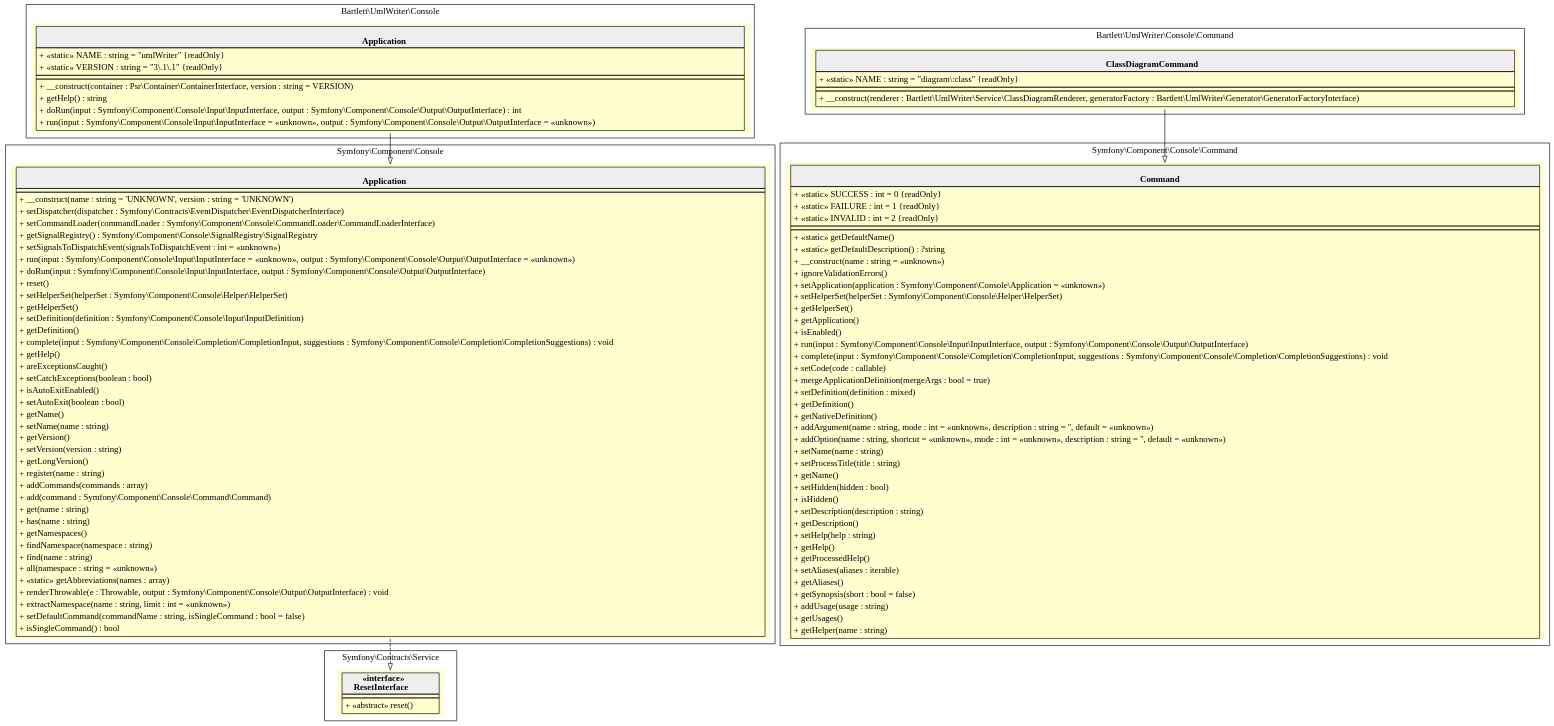
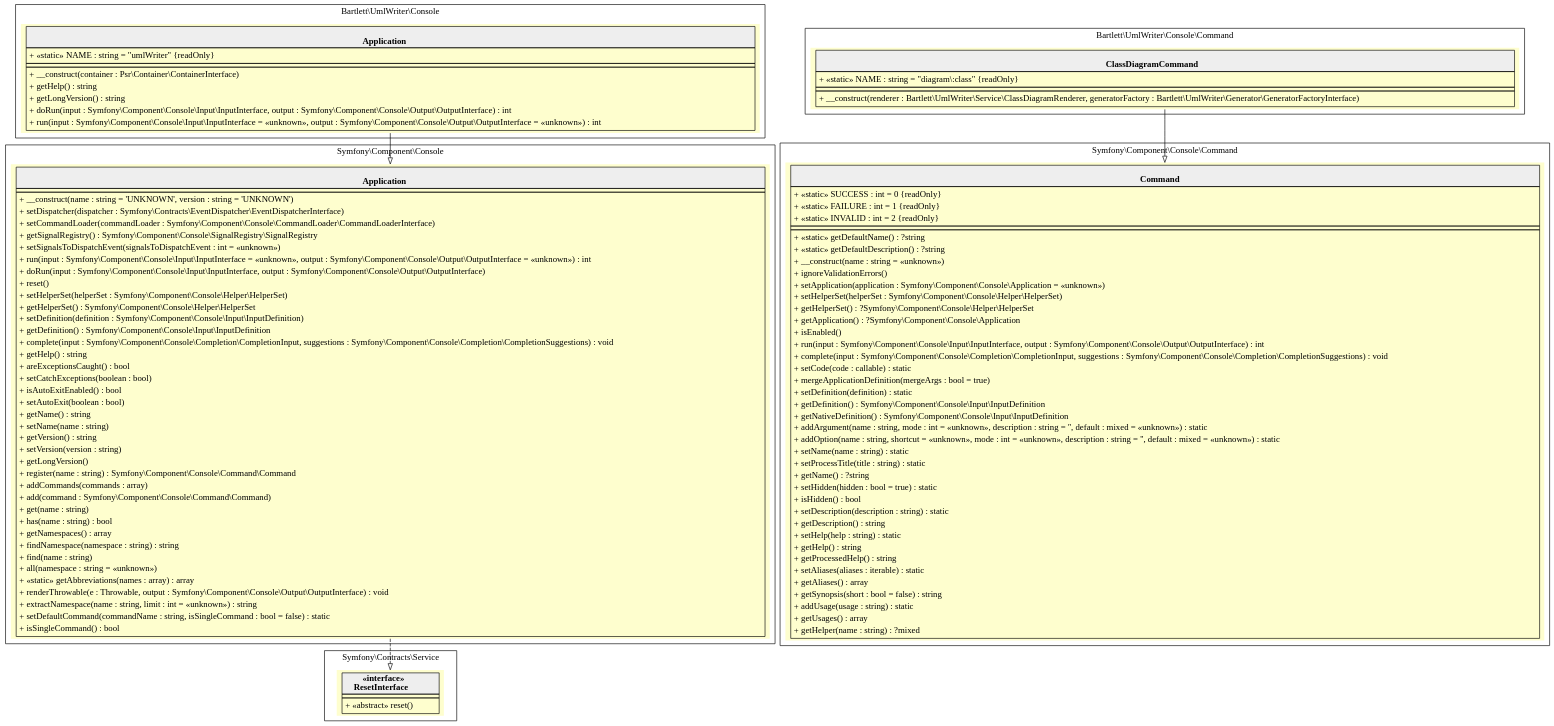
The diagram in 3.x/assets/images/console-commands.html.gv (llaville/umlwriter), drawn with Graphviz before and after one commit. The commit also changed 11 other files, not shown here.

```diff
--- a/3.x/assets/images/console-commands.html.gv
+++ b/3.x/assets/images/console-commands.html.gv
@@ -1,146 +1,146 @@
 digraph {
   graph [rankdir="TB" bgcolor="transparent"]
   node [fillcolor="#FEFECE" style="filled"]
   subgraph cluster_0 {
     label = "Bartlett\\UmlWriter\\Console"
     "Bartlett\\UmlWriter\\Console\\Application" [shape="none" label=<
 <table cellspacing="0" border="0" cellborder="1">
     <tr><td bgcolor="#eeeeee"><b><br/>Application</b></td></tr>
     <tr><td><table border="0" cellspacing="0" cellpadding="2">
     <tr><td align="left">+ «static» NAME : string = "umlWriter" {readOnly}</td></tr>
-    <tr><td align="left">+ «static» VERSION : string = "3\.1\.1" {readOnly}</td></tr>
 </table></td></tr>
     <tr><td></td></tr>
     <tr><td><table border="0" cellspacing="0" cellpadding="2">
-    <tr><td align="left">+ __construct(container : Psr\\Container\\ContainerInterface, version : string = VERSION)</td></tr>
+    <tr><td align="left">+ __construct(container : Psr\\Container\\ContainerInterface)</td></tr>
     <tr><td align="left">+ getHelp() : string</td></tr>
+    <tr><td align="left">+ getLongVersion() : string</td></tr>
     <tr><td align="left">+ doRun(input : Symfony\\Component\\Console\\Input\\InputInterface, output : Symfony\\Component\\Console\\Output\\OutputInterface) : int</td></tr>
-    <tr><td align="left">+ run(input : Symfony\\Component\\Console\\Input\\InputInterface = «unknown», output : Symfony\\Component\\Console\\Output\\OutputInterface = «unknown»)</td></tr>
+    <tr><td align="left">+ run(input : Symfony\\Component\\Console\\Input\\InputInterface = «unknown», output : Symfony\\Component\\Console\\Output\\OutputInterface = «unknown») : int</td></tr>
 </table></td></tr>
 </table>>]
   }
   subgraph cluster_1 {
     label = "Symfony\\Component\\Console"
     "Symfony\\Component\\Console\\Application" [shape="none" label=<
 <table cellspacing="0" border="0" cellborder="1">
     <tr><td bgcolor="#eeeeee"><b><br/>Application</b></td></tr>
     <tr><td></td></tr>
     <tr><td><table border="0" cellspacing="0" cellpadding="2">
     <tr><td align="left">+ __construct(name : string = 'UNKNOWN', version : string = 'UNKNOWN')</td></tr>
     <tr><td align="left">+ setDispatcher(dispatcher : Symfony\\Contracts\\EventDispatcher\\EventDispatcherInterface)</td></tr>
     <tr><td align="left">+ setCommandLoader(commandLoader : Symfony\\Component\\Console\\CommandLoader\\CommandLoaderInterface)</td></tr>
     <tr><td align="left">+ getSignalRegistry() : Symfony\\Component\\Console\\SignalRegistry\\SignalRegistry</td></tr>
     <tr><td align="left">+ setSignalsToDispatchEvent(signalsToDispatchEvent : int = «unknown»)</td></tr>
-    <tr><td align="left">+ run(input : Symfony\\Component\\Console\\Input\\InputInterface = «unknown», output : Symfony\\Component\\Console\\Output\\OutputInterface = «unknown»)</td></tr>
+    <tr><td align="left">+ run(input : Symfony\\Component\\Console\\Input\\InputInterface = «unknown», output : Symfony\\Component\\Console\\Output\\OutputInterface = «unknown») : int</td></tr>
     <tr><td align="left">+ doRun(input : Symfony\\Component\\Console\\Input\\InputInterface, output : Symfony\\Component\\Console\\Output\\OutputInterface)</td></tr>
     <tr><td align="left">+ reset()</td></tr>
     <tr><td align="left">+ setHelperSet(helperSet : Symfony\\Component\\Console\\Helper\\HelperSet)</td></tr>
-    <tr><td align="left">+ getHelperSet()</td></tr>
+    <tr><td align="left">+ getHelperSet() : Symfony\\Component\\Console\\Helper\\HelperSet</td></tr>
     <tr><td align="left">+ setDefinition(definition : Symfony\\Component\\Console\\Input\\InputDefinition)</td></tr>
-    <tr><td align="left">+ getDefinition()</td></tr>
+    <tr><td align="left">+ getDefinition() : Symfony\\Component\\Console\\Input\\InputDefinition</td></tr>
     <tr><td align="left">+ complete(input : Symfony\\Component\\Console\\Completion\\CompletionInput, suggestions : Symfony\\Component\\Console\\Completion\\CompletionSuggestions) : void</td></tr>
-    <tr><td align="left">+ getHelp()</td></tr>
-    <tr><td align="left">+ areExceptionsCaught()</td></tr>
+    <tr><td align="left">+ getHelp() : string</td></tr>
+    <tr><td align="left">+ areExceptionsCaught() : bool</td></tr>
     <tr><td align="left">+ setCatchExceptions(boolean : bool)</td></tr>
-    <tr><td align="left">+ isAutoExitEnabled()</td></tr>
+    <tr><td align="left">+ isAutoExitEnabled() : bool</td></tr>
     <tr><td align="left">+ setAutoExit(boolean : bool)</td></tr>
-    <tr><td align="left">+ getName()</td></tr>
+    <tr><td align="left">+ getName() : string</td></tr>
     <tr><td align="left">+ setName(name : string)</td></tr>
-    <tr><td align="left">+ getVersion()</td></tr>
+    <tr><td align="left">+ getVersion() : string</td></tr>
     <tr><td align="left">+ setVersion(version : string)</td></tr>
     <tr><td align="left">+ getLongVersion()</td></tr>
-    <tr><td align="left">+ register(name : string)</td></tr>
+    <tr><td align="left">+ register(name : string) : Symfony\\Component\\Console\\Command\\Command</td></tr>
     <tr><td align="left">+ addCommands(commands : array)</td></tr>
     <tr><td align="left">+ add(command : Symfony\\Component\\Console\\Command\\Command)</td></tr>
     <tr><td align="left">+ get(name : string)</td></tr>
-    <tr><td align="left">+ has(name : string)</td></tr>
-    <tr><td align="left">+ getNamespaces()</td></tr>
-    <tr><td align="left">+ findNamespace(namespace : string)</td></tr>
+    <tr><td align="left">+ has(name : string) : bool</td></tr>
+    <tr><td align="left">+ getNamespaces() : array</td></tr>
+    <tr><td align="left">+ findNamespace(namespace : string) : string</td></tr>
     <tr><td align="left">+ find(name : string)</td></tr>
     <tr><td align="left">+ all(namespace : string = «unknown»)</td></tr>
-    <tr><td align="left">+ «static» getAbbreviations(names : array)</td></tr>
+    <tr><td align="left">+ «static» getAbbreviations(names : array) : array</td></tr>
     <tr><td align="left">+ renderThrowable(e : Throwable, output : Symfony\\Component\\Console\\Output\\OutputInterface) : void</td></tr>
-    <tr><td align="left">+ extractNamespace(name : string, limit : int = «unknown»)</td></tr>
-    <tr><td align="left">+ setDefaultCommand(commandName : string, isSingleCommand : bool = false)</td></tr>
+    <tr><td align="left">+ extractNamespace(name : string, limit : int = «unknown») : string</td></tr>
+    <tr><td align="left">+ setDefaultCommand(commandName : string, isSingleCommand : bool = false) : static</td></tr>
     <tr><td align="left">+ isSingleCommand() : bool</td></tr>
 </table></td></tr>
 </table>>]
   }
   subgraph cluster_2 {
     label = "Symfony\\Contracts\\Service"
     "Symfony\\Contracts\\Service\\ResetInterface" [shape="none" label=<
 <table cellspacing="0" border="0" cellborder="1">
     <tr><td bgcolor="#eeeeee"><b>«interface»<br/>ResetInterface</b></td></tr>
     <tr><td></td></tr>
     <tr><td><table border="0" cellspacing="0" cellpadding="2">
     <tr><td align="left">+ «abstract» reset()</td></tr>
 </table></td></tr>
 </table>>]
   }
   subgraph cluster_3 {
     label = "Bartlett\\UmlWriter\\Console\\Command"
     "Bartlett\\UmlWriter\\Console\\Command\\ClassDiagramCommand" [shape="none" label=<
 <table cellspacing="0" border="0" cellborder="1">
     <tr><td bgcolor="#eeeeee"><b><br/>ClassDiagramCommand</b></td></tr>
     <tr><td><table border="0" cellspacing="0" cellpadding="2">
     <tr><td align="left">+ «static» NAME : string = "diagram\:class" {readOnly}</td></tr>
 </table></td></tr>
     <tr><td></td></tr>
     <tr><td><table border="0" cellspacing="0" cellpadding="2">
     <tr><td align="left">+ __construct(renderer : Bartlett\\UmlWriter\\Service\\ClassDiagramRenderer, generatorFactory : Bartlett\\UmlWriter\\Generator\\GeneratorFactoryInterface)</td></tr>
 </table></td></tr>
 </table>>]
   }
   subgraph cluster_4 {
     label = "Symfony\\Component\\Console\\Command"
     "Symfony\\Component\\Console\\Command\\Command" [shape="none" label=<
 <table cellspacing="0" border="0" cellborder="1">
     <tr><td bgcolor="#eeeeee"><b><br/>Command</b></td></tr>
     <tr><td><table border="0" cellspacing="0" cellpadding="2">
     <tr><td align="left">+ «static» SUCCESS : int = 0 {readOnly}</td></tr>
     <tr><td align="left">+ «static» FAILURE : int = 1 {readOnly}</td></tr>
     <tr><td align="left">+ «static» INVALID : int = 2 {readOnly}</td></tr>
 </table></td></tr>
     <tr><td></td></tr>
     <tr><td><table border="0" cellspacing="0" cellpadding="2">
-    <tr><td align="left">+ «static» getDefaultName()</td></tr>
+    <tr><td align="left">+ «static» getDefaultName() : ?string</td></tr>
     <tr><td align="left">+ «static» getDefaultDescription() : ?string</td></tr>
     <tr><td align="left">+ __construct(name : string = «unknown»)</td></tr>
     <tr><td align="left">+ ignoreValidationErrors()</td></tr>
     <tr><td align="left">+ setApplication(application : Symfony\\Component\\Console\\Application = «unknown»)</td></tr>
     <tr><td align="left">+ setHelperSet(helperSet : Symfony\\Component\\Console\\Helper\\HelperSet)</td></tr>
-    <tr><td align="left">+ getHelperSet()</td></tr>
-    <tr><td align="left">+ getApplication()</td></tr>
+    <tr><td align="left">+ getHelperSet() : ?Symfony\\Component\\Console\\Helper\\HelperSet</td></tr>
+    <tr><td align="left">+ getApplication() : ?Symfony\\Component\\Console\\Application</td></tr>
     <tr><td align="left">+ isEnabled()</td></tr>
-    <tr><td align="left">+ run(input : Symfony\\Component\\Console\\Input\\InputInterface, output : Symfony\\Component\\Console\\Output\\OutputInterface)</td></tr>
+    <tr><td align="left">+ run(input : Symfony\\Component\\Console\\Input\\InputInterface, output : Symfony\\Component\\Console\\Output\\OutputInterface) : int</td></tr>
     <tr><td align="left">+ complete(input : Symfony\\Component\\Console\\Completion\\CompletionInput, suggestions : Symfony\\Component\\Console\\Completion\\CompletionSuggestions) : void</td></tr>
-    <tr><td align="left">+ setCode(code : callable)</td></tr>
+    <tr><td align="left">+ setCode(code : callable) : static</td></tr>
     <tr><td align="left">+ mergeApplicationDefinition(mergeArgs : bool = true)</td></tr>
-    <tr><td align="left">+ setDefinition(definition : mixed)</td></tr>
-    <tr><td align="left">+ getDefinition()</td></tr>
-    <tr><td align="left">+ getNativeDefinition()</td></tr>
-    <tr><td align="left">+ addArgument(name : string, mode : int = «unknown», description : string = '', default = «unknown»)</td></tr>
-    <tr><td align="left">+ addOption(name : string, shortcut = «unknown», mode : int = «unknown», description : string = '', default = «unknown»)</td></tr>
-    <tr><td align="left">+ setName(name : string)</td></tr>
-    <tr><td align="left">+ setProcessTitle(title : string)</td></tr>
-    <tr><td align="left">+ getName()</td></tr>
-    <tr><td align="left">+ setHidden(hidden : bool)</td></tr>
-    <tr><td align="left">+ isHidden()</td></tr>
-    <tr><td align="left">+ setDescription(description : string)</td></tr>
-    <tr><td align="left">+ getDescription()</td></tr>
-    <tr><td align="left">+ setHelp(help : string)</td></tr>
-    <tr><td align="left">+ getHelp()</td></tr>
-    <tr><td align="left">+ getProcessedHelp()</td></tr>
-    <tr><td align="left">+ setAliases(aliases : iterable)</td></tr>
-    <tr><td align="left">+ getAliases()</td></tr>
-    <tr><td align="left">+ getSynopsis(short : bool = false)</td></tr>
-    <tr><td align="left">+ addUsage(usage : string)</td></tr>
-    <tr><td align="left">+ getUsages()</td></tr>
-    <tr><td align="left">+ getHelper(name : string)</td></tr>
+    <tr><td align="left">+ setDefinition(definition) : static</td></tr>
+    <tr><td align="left">+ getDefinition() : Symfony\\Component\\Console\\Input\\InputDefinition</td></tr>
+    <tr><td align="left">+ getNativeDefinition() : Symfony\\Component\\Console\\Input\\InputDefinition</td></tr>
+    <tr><td align="left">+ addArgument(name : string, mode : int = «unknown», description : string = '', default : mixed = «unknown») : static</td></tr>
+    <tr><td align="left">+ addOption(name : string, shortcut = «unknown», mode : int = «unknown», description : string = '', default : mixed = «unknown») : static</td></tr>
+    <tr><td align="left">+ setName(name : string) : static</td></tr>
+    <tr><td align="left">+ setProcessTitle(title : string) : static</td></tr>
+    <tr><td align="left">+ getName() : ?string</td></tr>
+    <tr><td align="left">+ setHidden(hidden : bool = true) : static</td></tr>
+    <tr><td align="left">+ isHidden() : bool</td></tr>
+    <tr><td align="left">+ setDescription(description : string) : static</td></tr>
+    <tr><td align="left">+ getDescription() : string</td></tr>
+    <tr><td align="left">+ setHelp(help : string) : static</td></tr>
+    <tr><td align="left">+ getHelp() : string</td></tr>
+    <tr><td align="left">+ getProcessedHelp() : string</td></tr>
+    <tr><td align="left">+ setAliases(aliases : iterable) : static</td></tr>
+    <tr><td align="left">+ getAliases() : array</td></tr>
+    <tr><td align="left">+ getSynopsis(short : bool = false) : string</td></tr>
+    <tr><td align="left">+ addUsage(usage : string) : static</td></tr>
+    <tr><td align="left">+ getUsages() : array</td></tr>
+    <tr><td align="left">+ getHelper(name : string) : ?mixed</td></tr>
 </table></td></tr>
 </table>>]
   }
   "Symfony\\Component\\Console\\Application" -> "Symfony\\Contracts\\Service\\ResetInterface" [arrowhead="empty" style="dashed"]
   "Bartlett\\UmlWriter\\Console\\Application" -> "Symfony\\Component\\Console\\Application" [arrowhead="empty" style="filled"]
   "Bartlett\\UmlWriter\\Console\\Command\\ClassDiagramCommand" -> "Symfony\\Component\\Console\\Command\\Command" [arrowhead="empty" style="filled"]
 }
```
